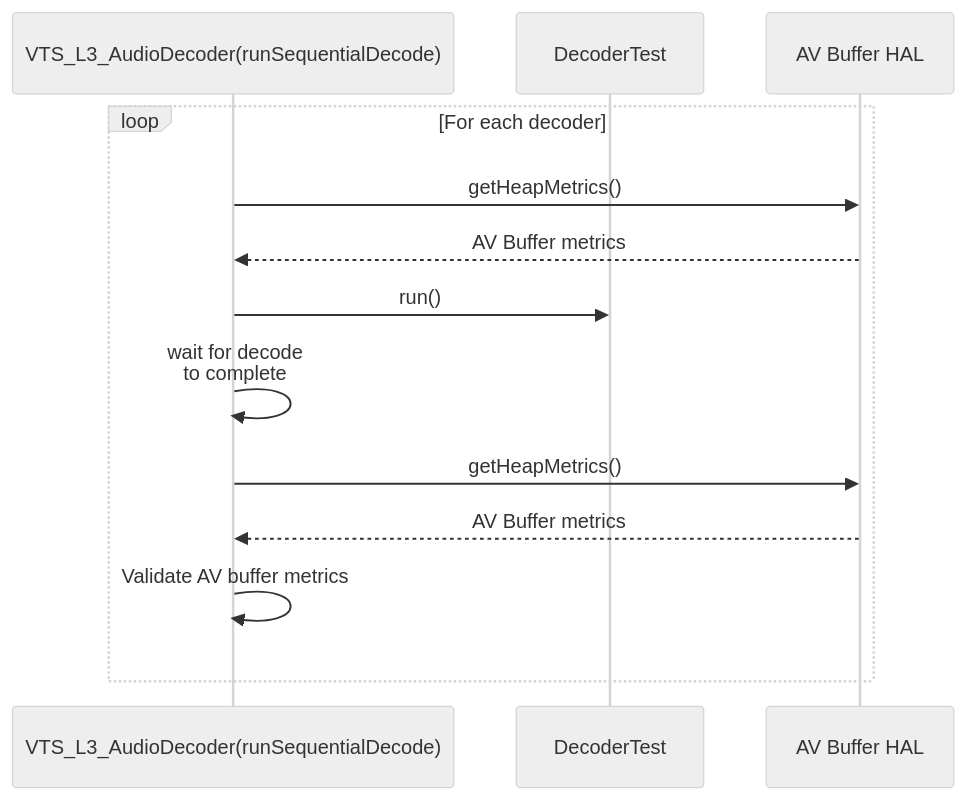
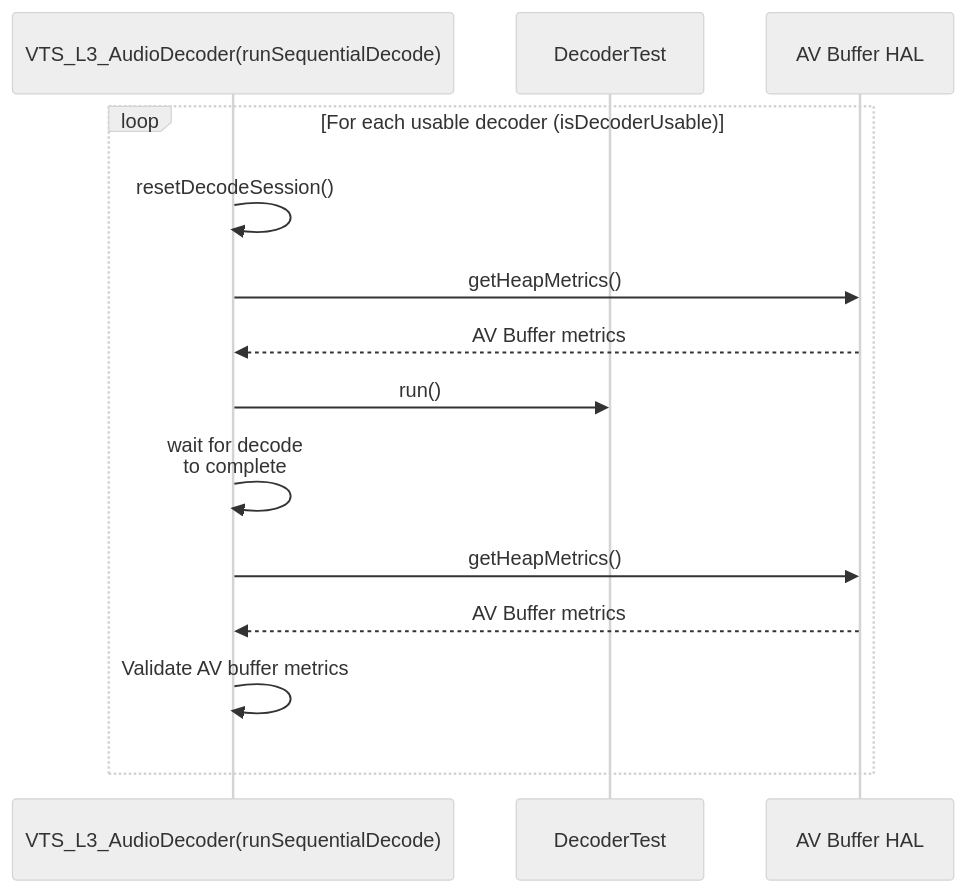
One commit to rdkcentral/rdk-halif-aidl-test-audiodecoder changed the fourth of 8 diagrams in docs/pages/audioDecoder_L3_Low-Level_TestSpecification.md. Above: the diagram before and after it, drawn with Mermaid (neutral theme). The commit also changed other lines of this file and 5 other files, not shown here.

````diff
--- a/docs/pages/audioDecoder_L3_Low-Level_TestSpecification.md
+++ b/docs/pages/audioDecoder_L3_Low-Level_TestSpecification.md
@@ -258,16 +264,17 @@
 ```mermaid
 sequenceDiagram
   participant rundecoder as VTS_L3_AudioDecoder(runSequentialDecode)
   participant DecoderTest as DecoderTest
   participant buffer as AV Buffer HAL
 
-  loop For each decoder
+  loop For each usable decoder (isDecoderUsable)
+    rundecoder->>rundecoder: resetDecodeSession()
     rundecoder->>buffer : getHeapMetrics()
     buffer -->> rundecoder: AV Buffer metrics
     rundecoder->>DecoderTest: run()
     rundecoder->>rundecoder: wait for decode <br>to complete
     rundecoder->>buffer : getHeapMetrics()
     buffer -->> rundecoder: AV Buffer metrics
     rundecoder->>rundecoder: Validate AV buffer metrics
   end
 ```
````
